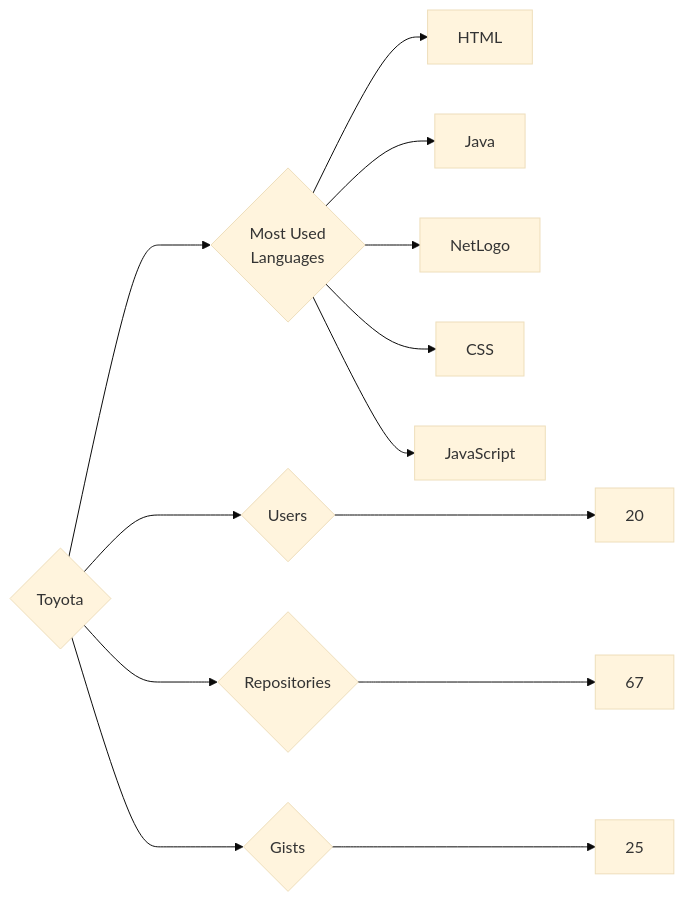
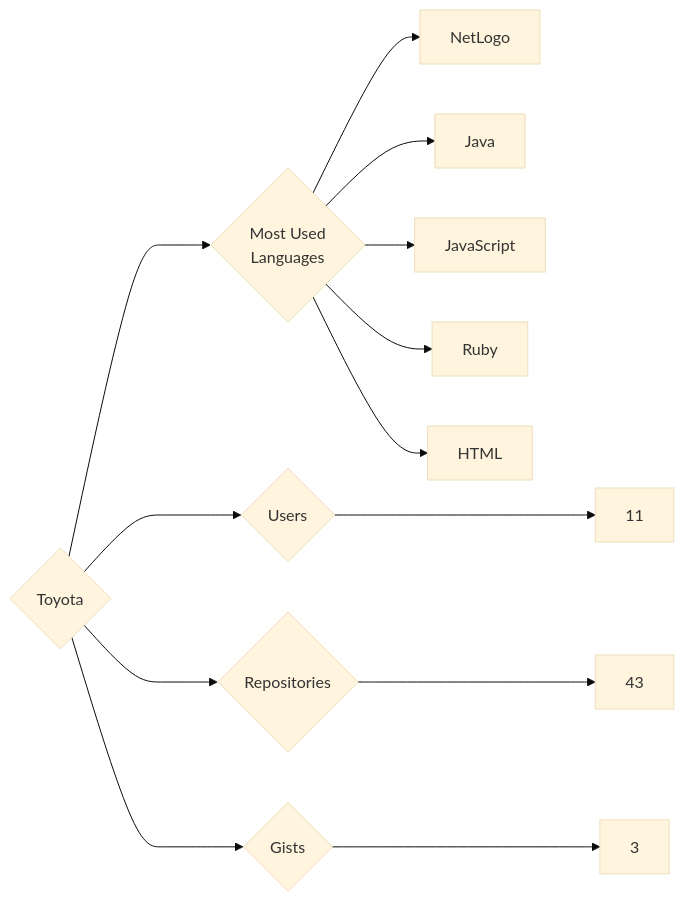
One commit to trickest/insiders changed the diagram in targets/Toyota/README.md. Above: the diagram before and after it, drawn with Mermaid (base theme). The commit also changed 765 other files, not shown here.

````diff
--- a/targets/Toyota/README.md
+++ b/targets/Toyota/README.md
@@ -3,13 +3,13 @@
 ```mermaid
 graph LR
 COMPANY_NAME{Toyota}
-COMPANY_NAME ---> U{Users} ---> UN[20]
-COMPANY_NAME ---> R{Repositories} ---> RN[67]
-COMPANY_NAME ---> G{Gists} ---> GN[25]
+COMPANY_NAME ---> U{Users} ---> UN[11]
+COMPANY_NAME ---> R{Repositories} ---> RN[43]
+COMPANY_NAME ---> G{Gists} ---> GN[3]
 COMPANY_NAME ---> ML{Most Used<br>Languages}
+ML --> NetLogo[NetLogo]
+ML --> Java[Java]
+ML --> JavaScript[JavaScript]
+ML --> Ruby[Ruby]
 ML --> HTML[HTML]
-ML --> Java[Java]
-ML --> NetLogo[NetLogo]
-ML --> CSS[CSS]
-ML --> JavaScript[JavaScript]
 ```
````
